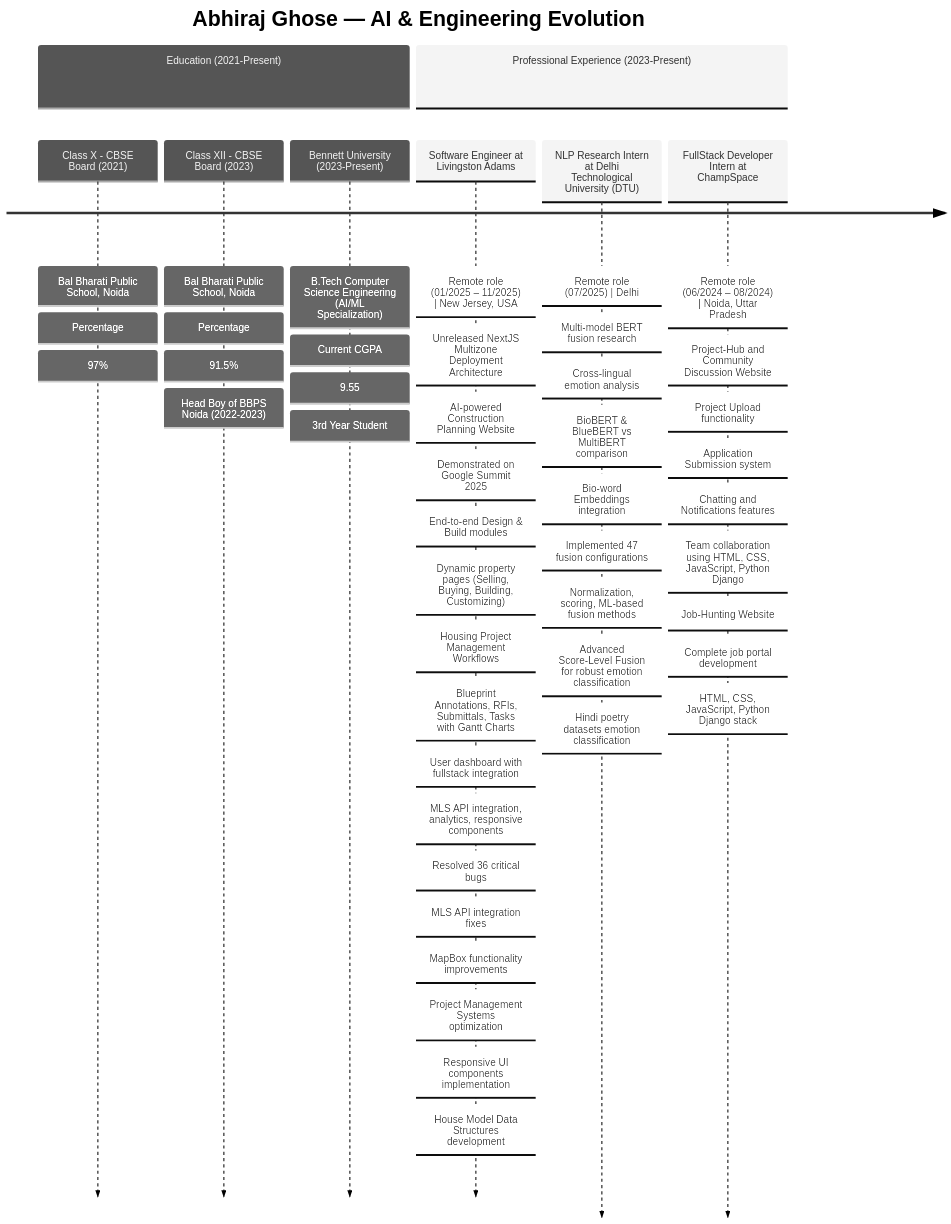
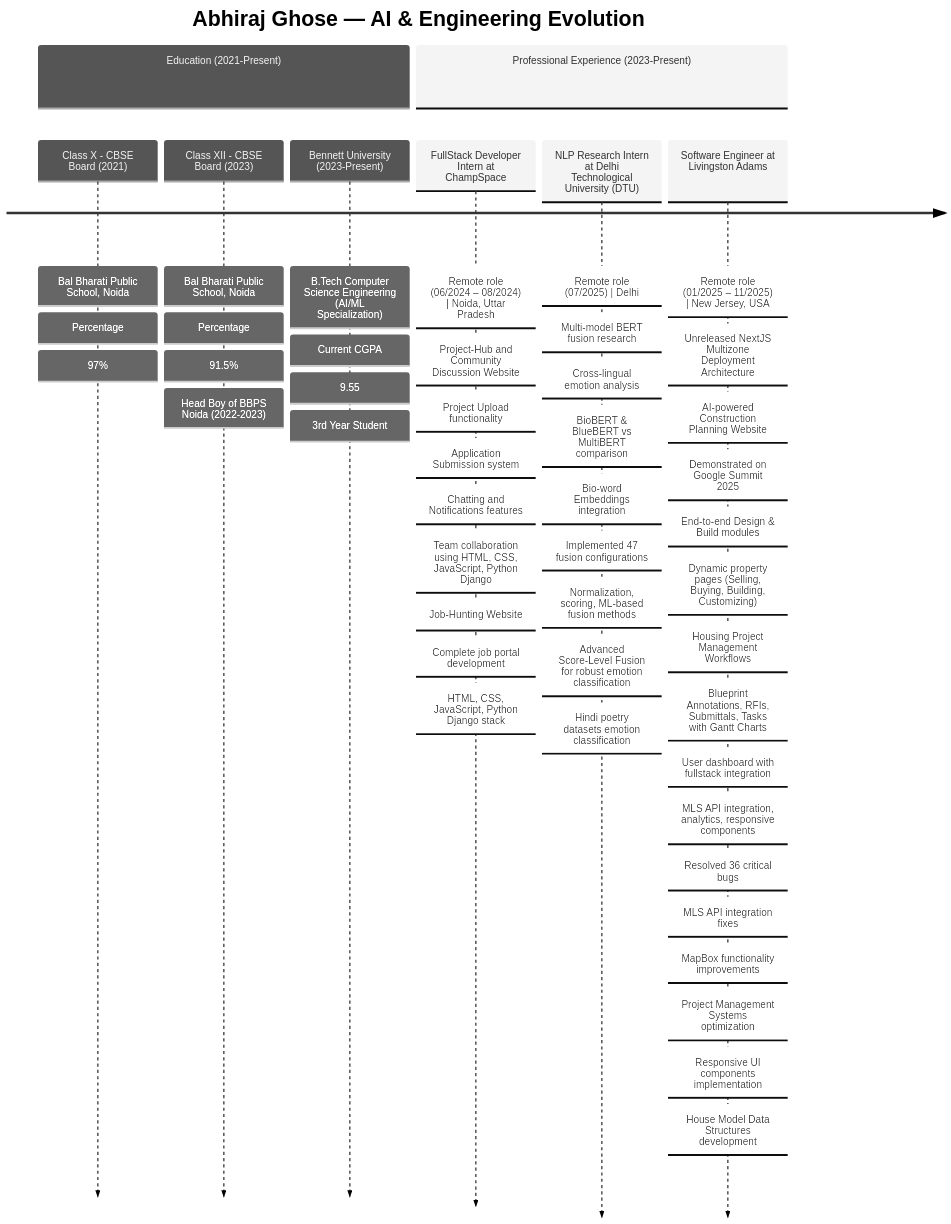
The diagram in README.md (AetherSparks/AetherSparks), drawn with Mermaid (neutral theme) before and after one commit.

Commit message:
Professional Journey Order Fix

````diff
--- a/README.md
+++ b/README.md
@@ -256,56 +256,60 @@
 ```mermaid
 timeline
     title Abhiraj Ghose — AI & Engineering Evolution
 
     section Education (2021-Present)
         Class X - CBSE Board (2021)
             : Bal Bharati Public School, Noida
             : Percentage: 97%
         Class XII - CBSE Board (2023)
             : Bal Bharati Public School, Noida
             : Percentage: 91.5%
             : Head Boy of BBPS Noida (2022-2023)
         Bennett University (2023-Present)
             : B.Tech Computer Science Engineering (AI/ML Specialization)
             : Current CGPA: 9.55
             : 3rd Year Student
 
     section Professional Experience (2023-Present)
+
+        FullStack Developer Intern at ChampSpace
+            : Remote role (06/2024 – 08/2024) | Noida, Uttar Pradesh
+                : Project-Hub and Community Discussion Website
+                    : Project Upload functionality
+                    : Application Submission system
+                    : Chatting and Notifications features
+                    : Team collaboration using HTML, CSS, JavaScript, Python Django
+                : Job-Hunting Website
+                    : Complete job portal development
+                    : HTML, CSS, JavaScript, Python Django stack
+
+        NLP Research Intern at Delhi Technological University (DTU)
+            : Remote role (07/2025) | Delhi
+                : Multi-model BERT fusion research
+                : Cross-lingual emotion analysis
+                : BioBERT & BlueBERT vs MultiBERT comparison
+                : Bio-word Embeddings integration
+                : Implemented 47 fusion configurations
+                    : Normalization, scoring, ML-based fusion methods
+                    : Advanced Score-Level Fusion for robust emotion classification
+                    : Hindi poetry datasets emotion classification
+
         Software Engineer at Livingston Adams
             : Remote role (01/2025 – 11/2025) | New Jersey, USA
                 : Unreleased NextJS Multizone Deployment Architecture
                 : AI-powered Construction Planning Website
                 : Demonstrated on Google Summit 2025
                 : End-to-end Design & Build modules
                     : Dynamic property pages (Selling, Buying, Building, Customizing)
                     : Housing Project Management Workflows
                     : Blueprint Annotations, RFIs, Submittals, Tasks with Gantt Charts
                     : User dashboard with fullstack integration
                     : MLS API integration, analytics, responsive components
                 : Resolved 36 critical bugs
                     : MLS API integration fixes
                     : MapBox functionality improvements
                     : Project Management Systems optimization
                     : Responsive UI components implementation
                     : House Model Data Structures development
-        NLP Research Intern at Delhi Technological University (DTU)
-            : Remote role (07/2025) | Delhi
-                : Multi-model BERT fusion research
-                : Cross-lingual emotion analysis
-                : BioBERT & BlueBERT vs MultiBERT comparison
-                : Bio-word Embeddings integration
-                : Implemented 47 fusion configurations
-                    : Normalization, scoring, ML-based fusion methods
-                    : Advanced Score-Level Fusion for robust emotion classification
-                    : Hindi poetry datasets emotion classification
-        FullStack Developer Intern at ChampSpace
-            : Remote role (06/2024 – 08/2024) | Noida, Uttar Pradesh
-                : Project-Hub and Community Discussion Website
-                    : Project Upload functionality
-                    : Application Submission system
-                    : Chatting and Notifications features
-                    : Team collaboration using HTML, CSS, JavaScript, Python Django
-                : Job-Hunting Website
-                    : Complete job portal development
-                    : HTML, CSS, JavaScript, Python Django stack
+
 ```
````
